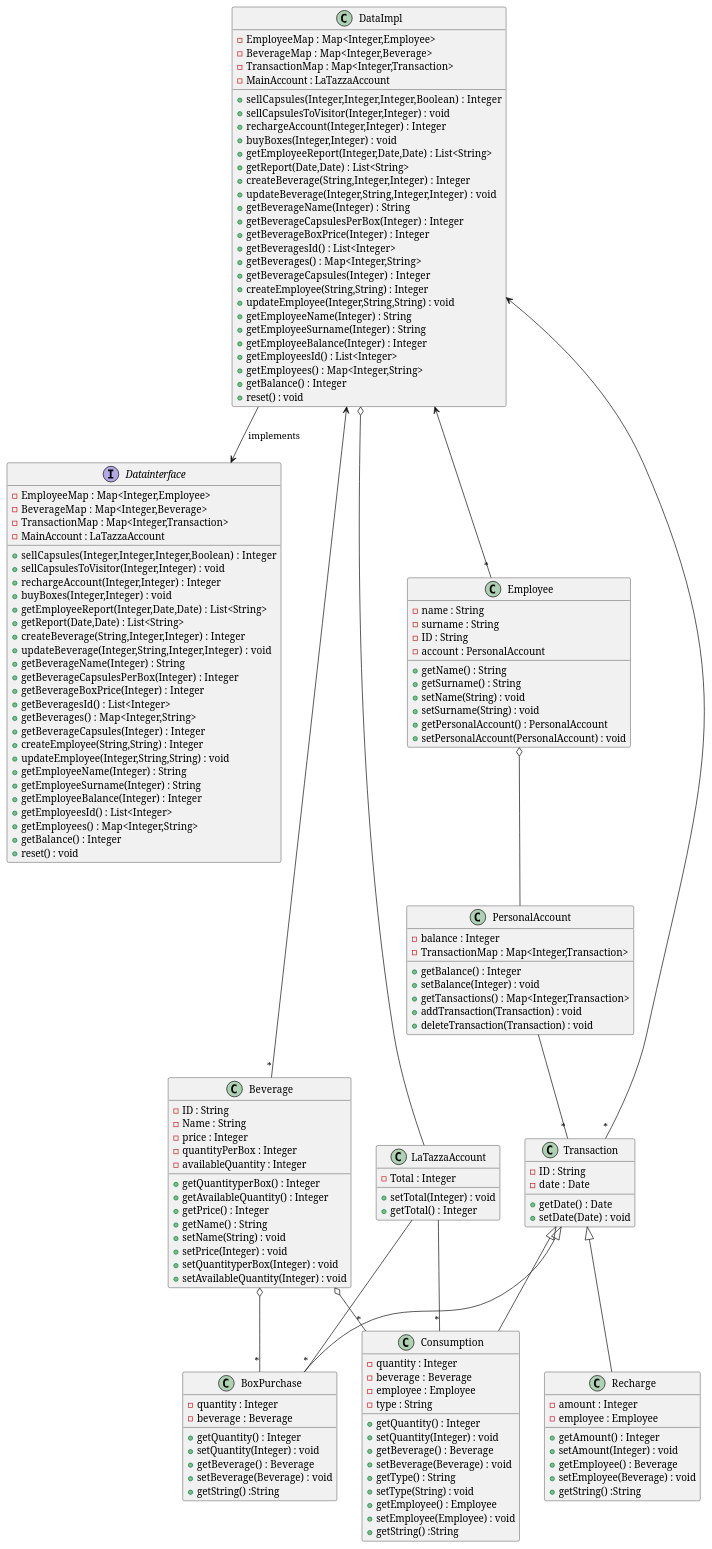
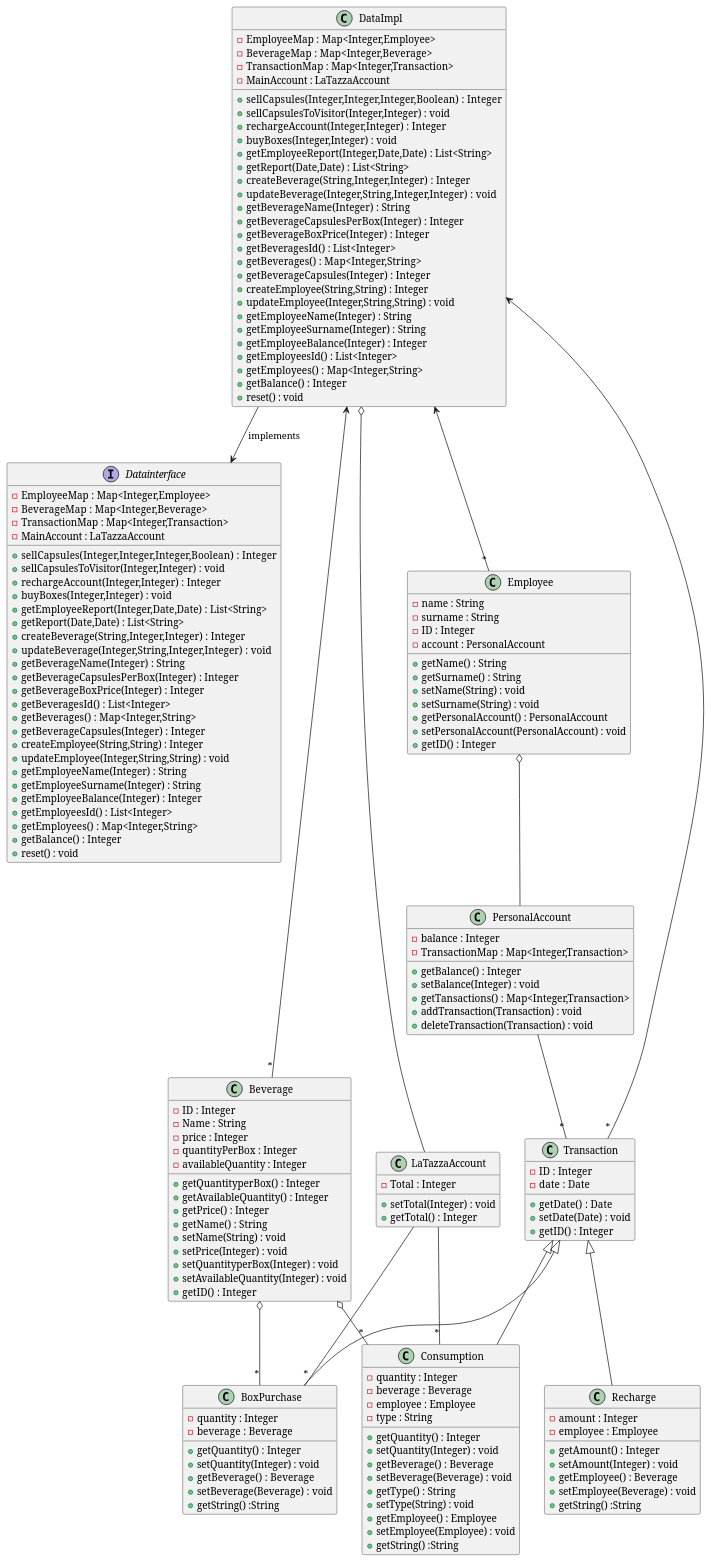
The third of 7 diagrams in templates/DesignDocumentTemplate.md (salvatore-dimartino/LaTazza), drawn with PlantUML before and after one commit.

```diff
--- a/templates/DesignDocumentTemplate.md
+++ b/templates/DesignDocumentTemplate.md
@@ -161,7 +161,7 @@
 class Employee {
     -name : String
     -surname : String
-    -ID : String
+    -ID : Integer
     -account : PersonalAccount
     
     +getName() : String
@@ -170,10 +170,11 @@
     +setSurname(String) : void
     +getPersonalAccount() : PersonalAccount
     +setPersonalAccount(PersonalAccount) : void
+    +getID() : Integer
 }
 
 class Beverage {
-    -ID : String
+    -ID : Integer
     -Name : String
     -price : Integer
     -quantityPerBox : Integer
@@ -187,6 +188,7 @@
     +setPrice(Integer) : void
     +setQuantityperBox(Integer) : void
     +setAvailableQuantity(Integer) : void
+    +getID() : Integer
 }
 
 class BoxPurchase {
@@ -201,11 +203,12 @@
 }
 
 class Transaction {
-    -ID : String
+    -ID : Integer
     -date : Date
 
     +getDate() : Date
     +setDate(Date) : void
+    +getID() : Integer
 }
 
 DataImpl <-- "*" Employee
```
